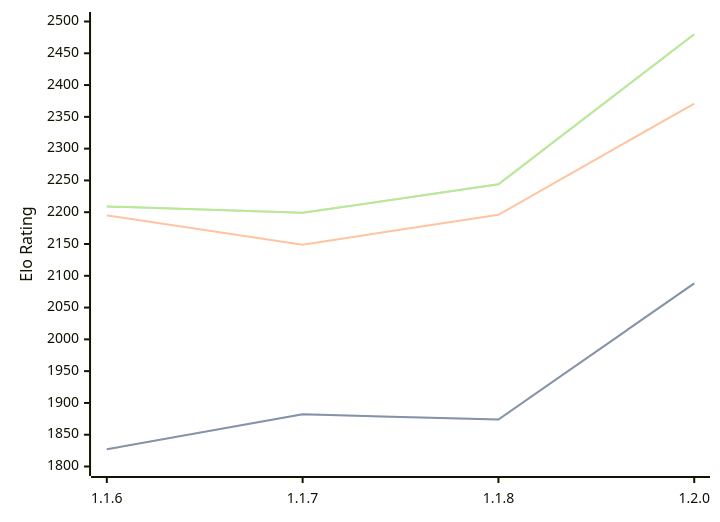
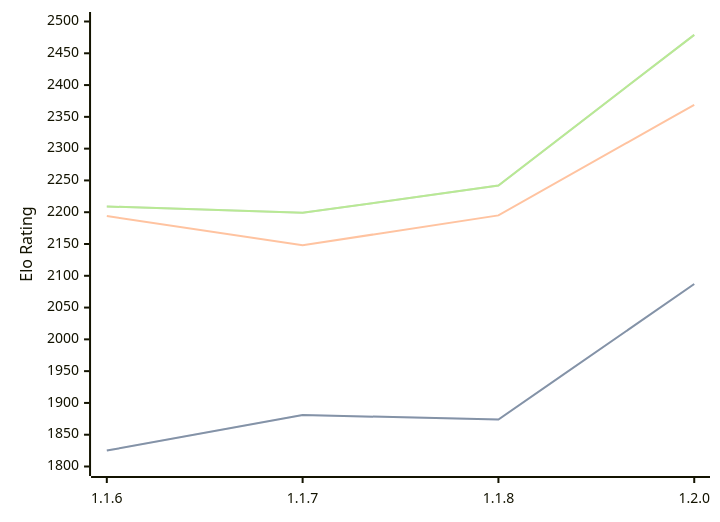
One commit to computer-chess-index/cci changed the diagram in engines/Soomi.md. Above: the diagram before and after it, drawn with Mermaid. The commit also changed other lines of this file, not shown here.

Commit message:
Update CCI Ratings (ELO VLTC) - 2026-03-04

````diff
--- a/engines/Soomi.md
+++ b/engines/Soomi.md
@@ -32,11 +32,11 @@
 ```mermaid
 %%{init: {"theme":"base","themeVariables":{"seriesColors:['#a3a3a3','#222221','#faa371']}}}%%
 xychart-beta
   x-axis ["1.1.6", "1.1.7", "1.1.8", "1.2.0"]
   y-axis "Elo Rating" 1800 --> 2500
-  line "STC (8.0+0.08s)" [1827, 1882, 1874, 2088]
-  line "STC (8.0+0.08s)" [1827, 1882, 1874, 2088]
-  line "LTC (60.0+0.60s)" [2195, 2149, 2196, 2371]
-  line "VLTC (2m24s+1.12s)" [2209, 2199, 2244, 2480]
-  line "VLTC (2m24s+1.12s)" [2209, 2199, 2244, 2480]
+  line "STC (8.0+0.08s)" [1825, 1881, 1874, 2087]
+  line "STC (8.0+0.08s)" [1825, 1881, 1874, 2087]
+  line "LTC (60.0+0.60s)" [2194, 2148, 2195, 2369]
+  line "VLTC (2m24s+1.12s)" [2209, 2199, 2242, 2479]
+  line "VLTC (2m24s+1.12s)" [2209, 2199, 2242, 2479]
 ```
````
